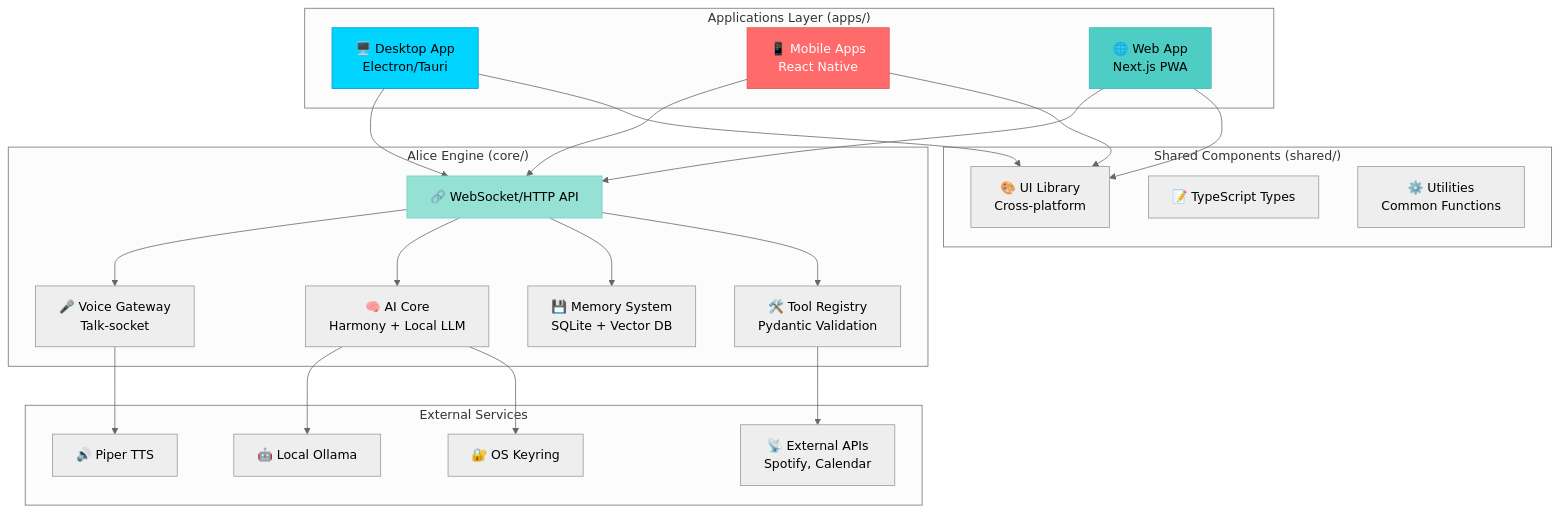
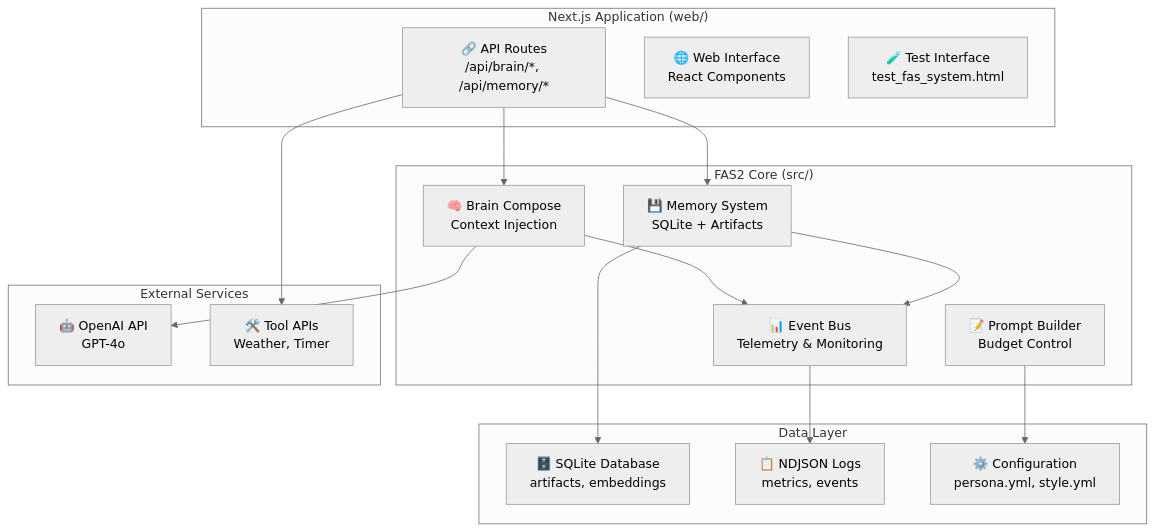
Before and after one commit to DanielWarg/Alice: the diagram in ARCHITECTURE.md, drawn with Mermaid (neutral theme). The commit also changed other lines of this file and 4 other files, not shown here.

First line of the commit message:
📚 Complete Documentation Update for FAS2 Architecture

````diff
--- a/ARCHITECTURE.md
+++ b/ARCHITECTURE.md
@@ -35,53 +36,37 @@
 ```mermaid
 graph TB
-    subgraph "Applications Layer (apps/)"
-        DA[🖥️ Desktop App<br/>Electron/Tauri]
-        MA[📱 Mobile Apps<br/>React Native]
-        WA[🌐 Web App<br/>Next.js PWA]
+    subgraph "Next.js Application (web/)"
+        API[🔗 API Routes<br/>/api/brain/*, /api/memory/*]
+        UI[🌐 Web Interface<br/>React Components]
+        TEST[🧪 Test Interface<br/>test_fas_system.html]
     end
     
-    subgraph "Alice Engine (core/)"
-        API[🔗 WebSocket/HTTP API]
-        VG[🎤 Voice Gateway<br/>Talk-socket]
-        AI[🧠 AI Core<br/>Harmony + Local LLM]
-        MEM[💾 Memory System<br/>SQLite + Vector DB]
-        TOOLS[🛠️ Tool Registry<br/>Pydantic Validation]
+    subgraph "FAS2 Core (src/)"
+        BRAIN[🧠 Brain Compose<br/>Context Injection]
+        MEMORY[💾 Memory System<br/>SQLite + Artifacts]
+        EVENT[📊 Event Bus<br/>Telemetry & Monitoring]
+        PROMPT[📝 Prompt Builder<br/>Budget Control]
     end
     
-    subgraph "Shared Components (shared/)"
-        UI[🎨 UI Library<br/>Cross-platform]
-        TYPES[📝 TypeScript Types]
-        UTILS[⚙️ Utilities<br/>Common Functions]
+    subgraph "Data Layer"
+        DB[🗄️ SQLite Database<br/>artifacts, embeddings]
+        LOGS[📋 NDJSON Logs<br/>metrics, events]
+        CONFIG[⚙️ Configuration<br/>persona.yml, style.yml]
     end
     
+    API --> BRAIN
+    API --> MEMORY
+    BRAIN --> EVENT
+    MEMORY --> EVENT
+    MEMORY --> DB
+    EVENT --> LOGS
+    PROMPT --> CONFIG
+    
     subgraph "External Services"
-        OS[🔐 OS Keyring]
-        TTS[🔊 Piper TTS]
-        LLM[🤖 Local Ollama]
-        APIS[📡 External APIs<br/>Spotify, Calendar]
+        OPENAI[🤖 OpenAI API<br/>GPT-4o]
+        TOOLS[🛠️ Tool APIs<br/>Weather, Timer]
     end
     
-    DA --> API
-    MA --> API
-    WA --> API
-    
-    API --> VG
-    API --> AI
-    API --> MEM
+    BRAIN --> OPENAI
     API --> TOOLS
-    
-    VG --> TTS
-    AI --> LLM
-    TOOLS --> APIS
-    
-    DA --> UI
-    MA --> UI
-    WA --> UI
-    
-    AI --> OS
-    
-    style DA fill:#00d4ff,stroke:#0099cc,color:#000
-    style MA fill:#ff6b6b,stroke:#e55353,color:#fff
-    style WA fill:#4ecdc4,stroke:#3bb8b1,color:#000
-    style API fill:#95e1d3,stroke:#6fd4c4,color:#000
 ```
````
